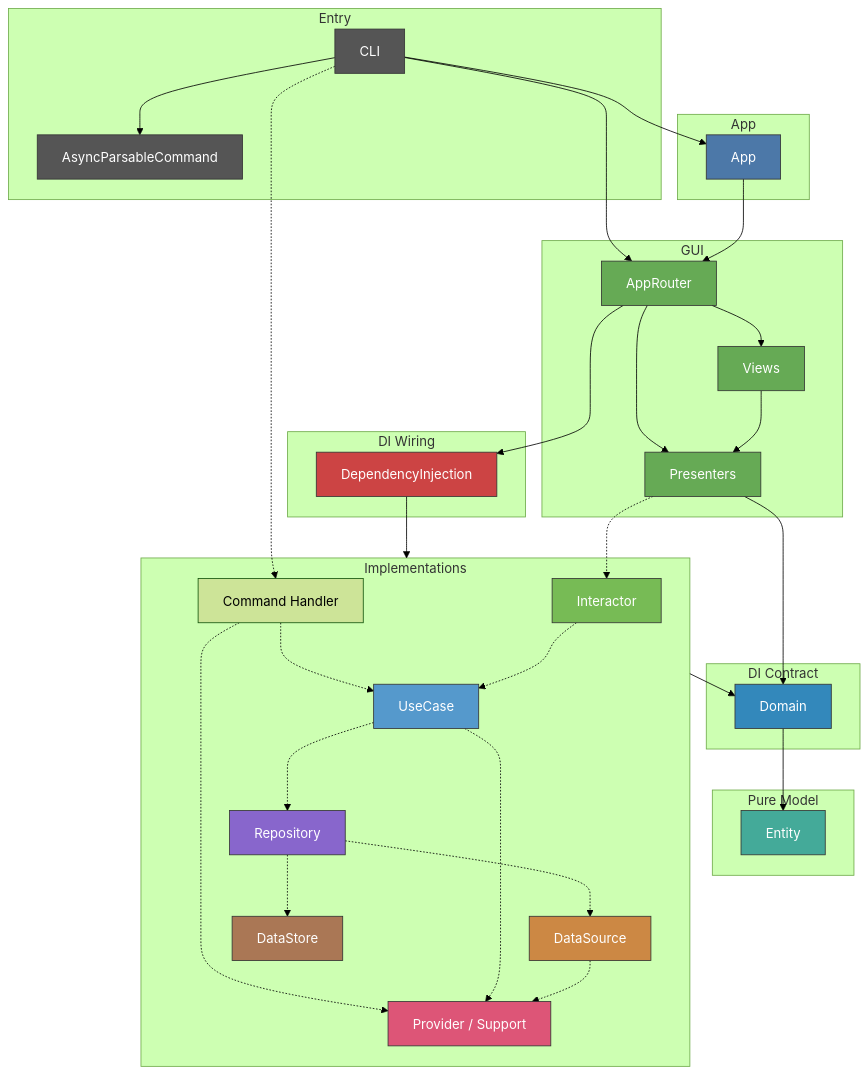
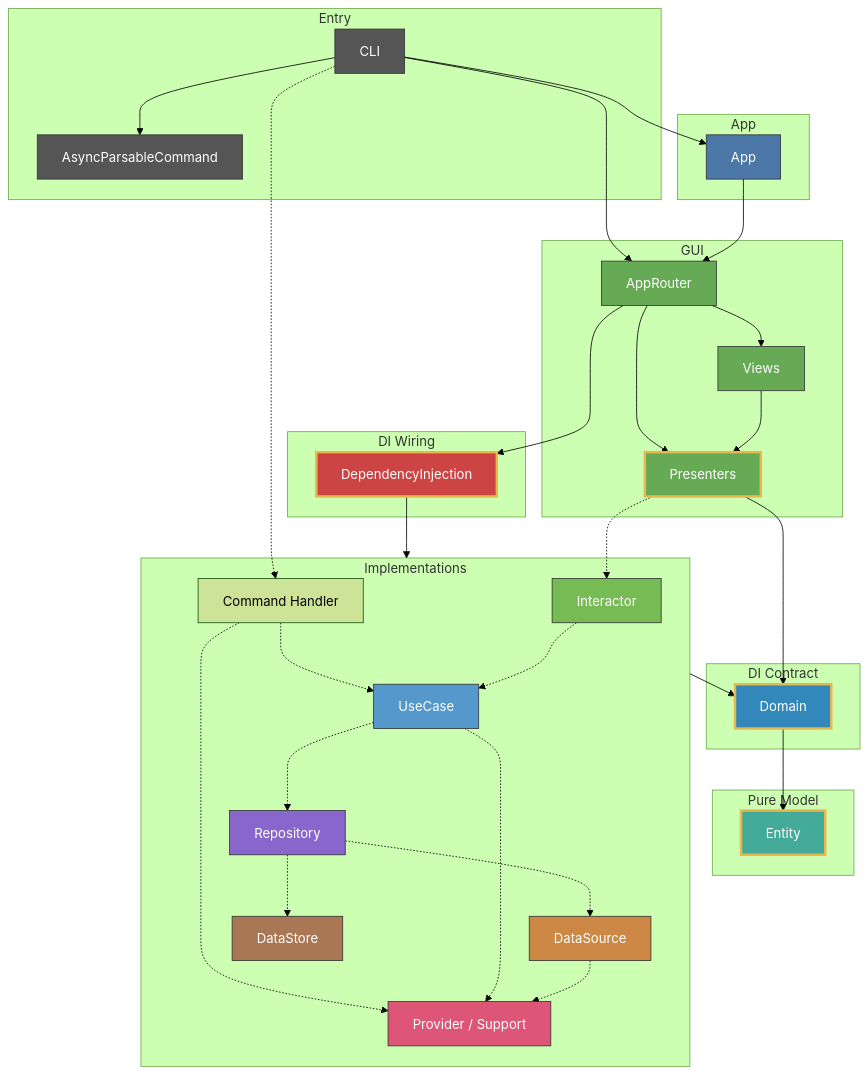
Before and after one commit to GeneralD/lyra: the first of 3 diagrams in .claude/CLAUDE.md, drawn with Mermaid (forest theme). The commit also changed other lines of this file, not shown here.

First line of the commit message:
docs(#325): CLAUDE.md に LyraKit ロゴと再エクスポート4モジュールのグルーピング図を追加

````diff
--- a/.claude/CLAUDE.md
+++ b/.claude/CLAUDE.md
@@ -43,72 +43,72 @@
 ```mermaid
 graph TD
     subgraph Entry
         CLI[CLI]
         AsyncParsableCommand[AsyncParsableCommand]
     end
 
     subgraph AppLayer["App"]
         App[App]
     end
 
     subgraph GUI
         AppRouter[AppRouter]
         Views[Views]
         Presenters[Presenters]
     end
 
     subgraph DI Wiring
         DependencyInjection[DependencyInjection]
     end
 
     subgraph DI Contract
         Domain[Domain]
     end
 
     subgraph Pure Model
         Entity[Entity]
     end
 
     subgraph Implementations
         CommandHandler[Command Handler]
         Interactor[Interactor]
         UseCase[UseCase]
         Repository[Repository]
         DataSource[DataSource]
         DataStore[DataStore]
         Support[Provider / Support]
     end
 
     CLI --> App & AppRouter & AsyncParsableCommand
     App --> AppRouter
     AppRouter --> Views & Presenters & DependencyInjection
     DependencyInjection --> Implementations
     Views --> Presenters
     Presenters --> Domain
     Implementations --> Domain
     Domain --> Entity
 
     CLI -.-> CommandHandler
     Presenters -.-> Interactor
     CommandHandler -.-> UseCase & Support
     Interactor -.-> UseCase
     UseCase -.-> Repository & Support
     Repository -.-> DataSource & DataStore
     DataSource -.-> Support
 
     style AsyncParsableCommand fill:#555,stroke:#333,color:#fff
     style CLI fill:#555,stroke:#333,color:#fff
     style App fill:#4c78a8,stroke:#333,color:#fff
     style AppRouter fill:#6a5,stroke:#333,color:#fff
     style Views fill:#6a5,stroke:#333,color:#fff
-    style Presenters fill:#6a5,stroke:#333,color:#fff
-    style DependencyInjection fill:#c44,stroke:#333,color:#fff
-    style Entity fill:#4a9,stroke:#333,color:#fff
-    style Domain fill:#38b,stroke:#333,color:#fff
+    style Presenters fill:#6a5,stroke:#E9B84C,stroke-width:3px,color:#fff
+    style DependencyInjection fill:#c44,stroke:#E9B84C,stroke-width:3px,color:#fff
+    style Entity fill:#4a9,stroke:#E9B84C,stroke-width:3px,color:#fff
+    style Domain fill:#38b,stroke:#E9B84C,stroke-width:3px,color:#fff
     style Interactor fill:#7b5,stroke:#333,color:#fff
     style UseCase fill:#59c,stroke:#333,color:#fff
     style Repository fill:#86c,stroke:#333,color:#fff
     style DataSource fill:#c84,stroke:#333,color:#fff
     style Support fill:#d57,stroke:#333,color:#fff
     style DataStore fill:#a75,stroke:#333,color:#fff
 ```
````
